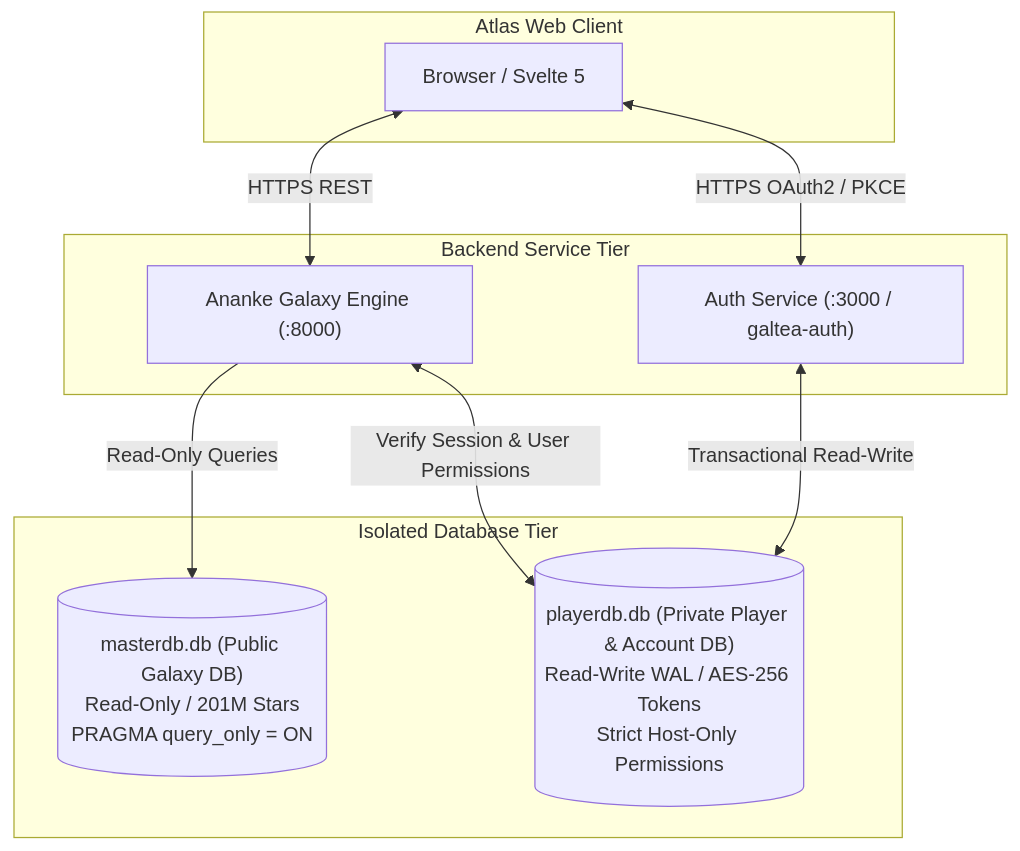
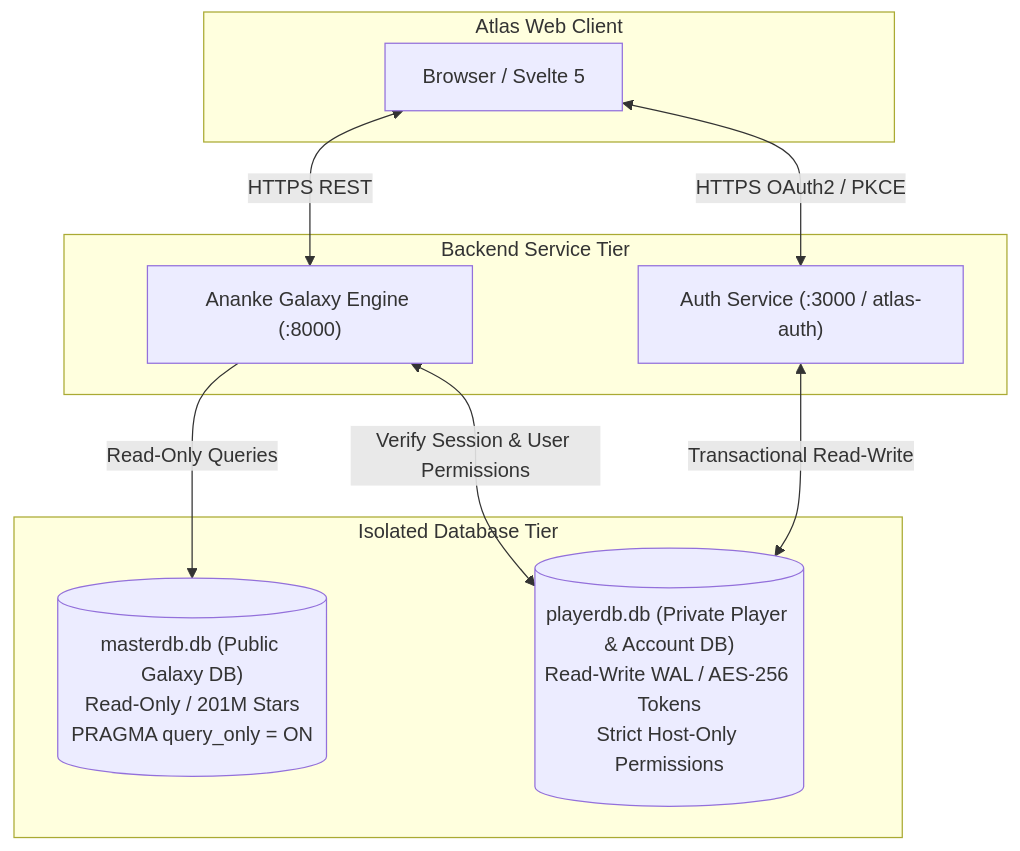
One commit to Irkyosaur/Atlas changed the diagram in docs/player_account_database_architecture.md. Above: the diagram before and after it, drawn with Mermaid. The commit also changed 11 other files, not shown here.

````diff
--- a/docs/player_account_database_architecture.md
+++ b/docs/player_account_database_architecture.md
@@ -24,22 +24,22 @@
 ```mermaid
 flowchart TD
     subgraph BrowserClient ["Atlas Web Client"]
         ClientApp[Browser / Svelte 5]
     end
 
     subgraph ServiceLayer ["Backend Service Tier"]
-        AuthSvc["Auth Service (:3000 / galtea-auth)"]
+        AuthSvc["Auth Service (:3000 / atlas-auth)"]
         Ananke["Ananke Galaxy Engine (:8000)"]
     end
 
     subgraph DatabaseTier ["Isolated Database Tier"]
         MasterDB[("masterdb.db (Public Galaxy DB)<br>Read-Only / 201M Stars<br>PRAGMA query_only = ON")]
         PlayerDB[("playerdb.db (Private Player & Account DB)<br>Read-Write WAL / AES-256 Tokens<br>Strict Host-Only Permissions")]
     end
 
     ClientApp <-->|HTTPS REST| Ananke
     ClientApp <-->|HTTPS OAuth2 / PKCE| AuthSvc
     Ananke -->|Read-Only Queries| MasterDB
     AuthSvc <-->|Transactional Read-Write| PlayerDB
     Ananke <-->|Verify Session & User Permissions| PlayerDB
 ```
````
